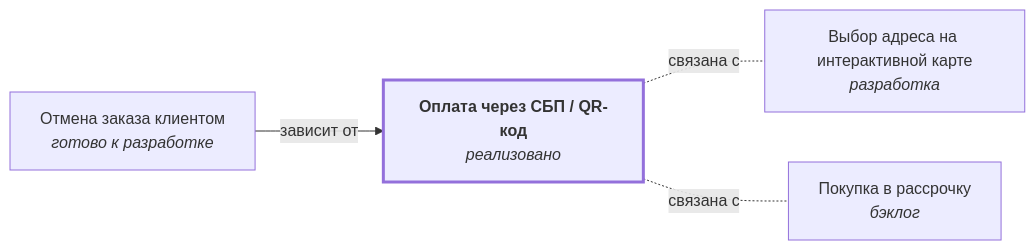
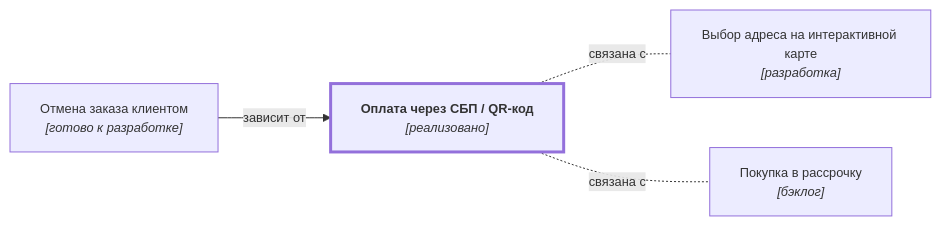
Before and after one commit to DmitryKhilko/example-app-requirements: the diagram in docs/specifications/orders/payment-sbp.md, drawn with Mermaid. The commit also changed other lines of this file and 21 other files, not shown here.

````diff
--- a/docs/specifications/orders/payment-sbp.md
+++ b/docs/specifications/orders/payment-sbp.md
@@ -22,18 +22,19 @@
 ```mermaid
+%%{init: {"themeVariables": {"fontSize": "12.8px"}}}%%
 flowchart LR
-    n0["<b>Оплата через СБП / QR-код</b><br/><i>реализовано</i>"]
-    n1["Отмена заказа клиентом<br/><i>готово к разработке</i>"]
-    n2["Выбор адреса на интерактивной карте<br/><i>разработка</i>"]
-    n3["Покупка в рассрочку<br/><i>бэклог</i>"]
+    n0["<b>Оплата через СБП / QR-код</b><br/><i>[реализовано]</i>"]
+    n1["Отмена заказа клиентом<br/><i>[готово к разработке]</i>"]
+    n2["Выбор адреса на интерактивной карте<br/><i>[разработка]</i>"]
+    n3["Покупка в рассрочку<br/><i>[бэклог]</i>"]
     n1 -->|"зависит от"| n0
     n0 -.-|"связана с"| n2
     n0 -.-|"связана с"| n3
 
     classDef current stroke-width:3px
     classDef archived stroke-dasharray:5 4
     class n0 current
 
     click n1 "../order-cancel/"
     click n2 "../checkout-map/"
     click n3 "../credit-pay/"
 ```
````
